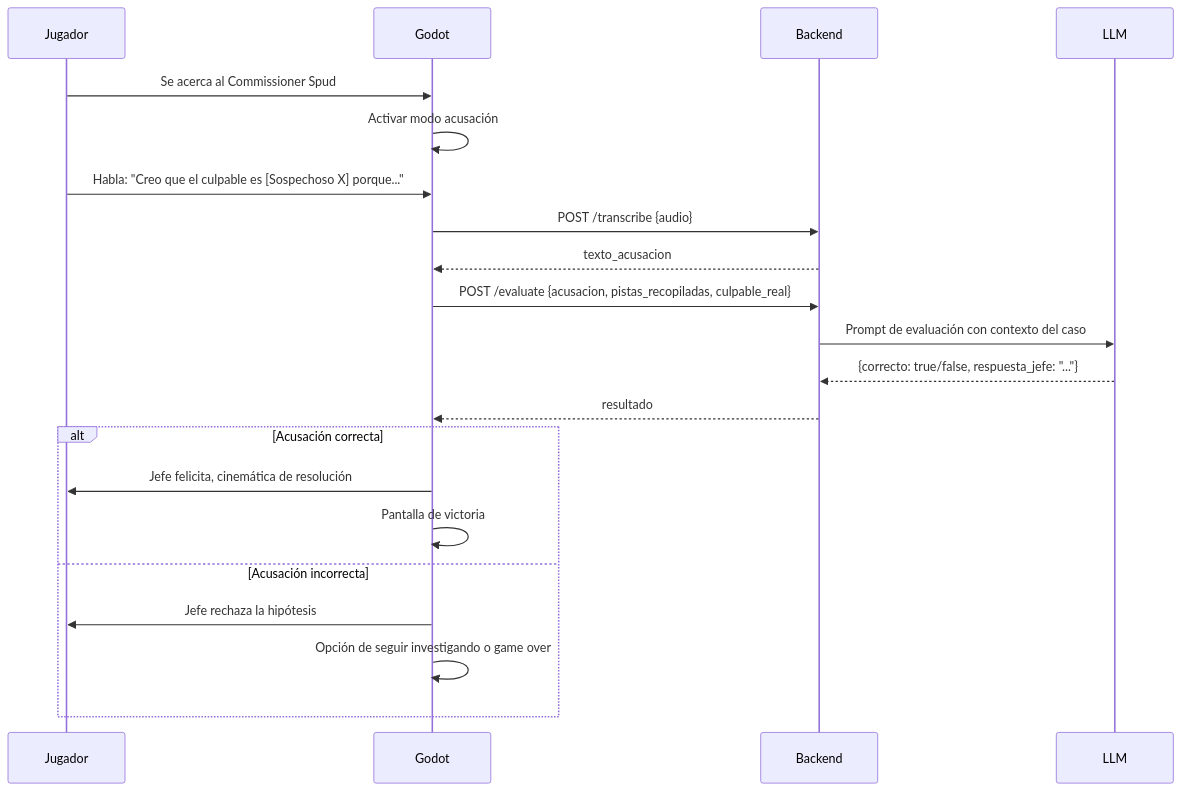
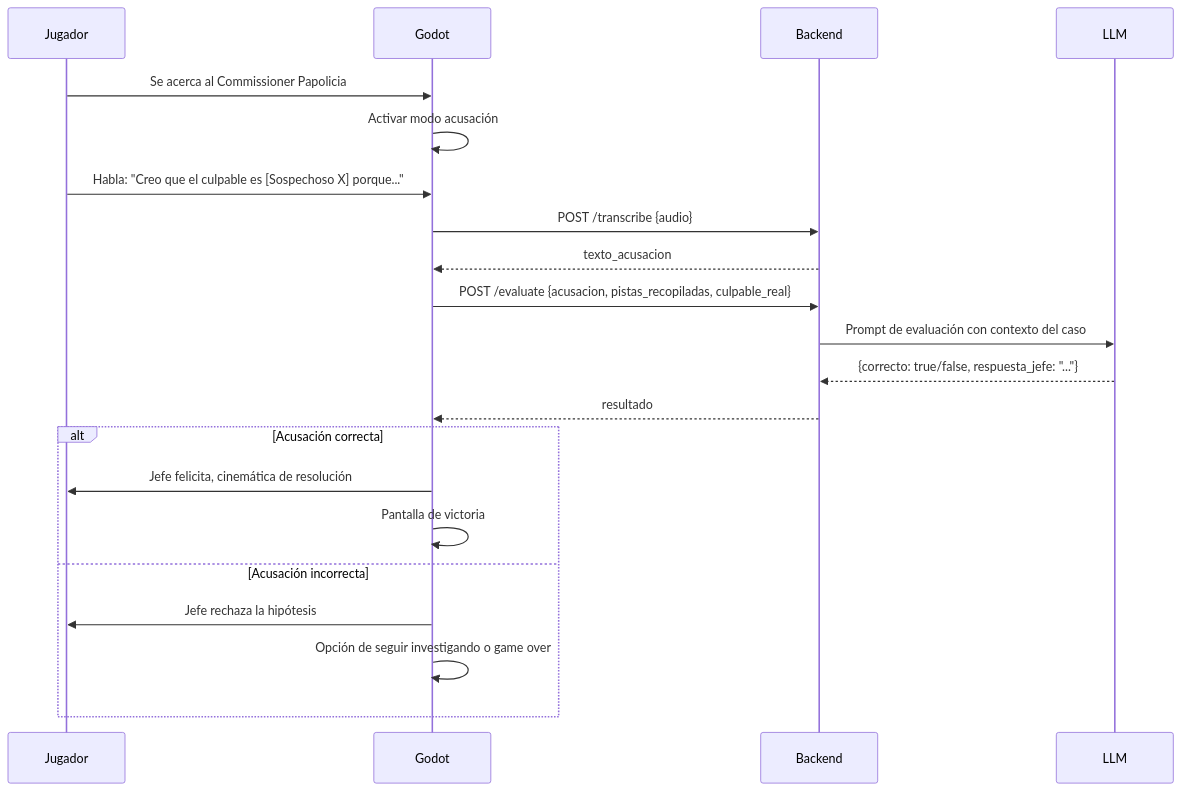
The fourth of 6 diagrams in docs/design/gdd/entrega_1_diseno.md (naxoruto/Limonchero-3D), drawn with Mermaid before and after one commit. The commit also changed other lines of this file and 46 other files, not shown here.

````diff
--- a/docs/design/gdd/entrega_1_diseno.md
+++ b/docs/design/gdd/entrega_1_diseno.md
@@ -353,24 +353,24 @@
 ```mermaid
 sequenceDiagram
 	participant J as Jugador
 	participant U as Godot
 	participant B as Backend
 	participant L as LLM
 
-	J->>U: Se acerca al Commissioner Spud
+	J->>U: Se acerca al Commissioner Papolicia
 	U->>U: Activar modo acusación
 	J->>U: Habla: "Creo que el culpable es [Sospechoso X] porque..."
 	U->>B: POST /transcribe {audio}
 	B-->>U: texto_acusacion
 	U->>B: POST /evaluate {acusacion, pistas_recopiladas, culpable_real}
 	B->>L: Prompt de evaluación con contexto del caso
 	L-->>B: {correcto: true/false, respuesta_jefe: "..."}
 	B-->>U: resultado
 	alt Acusación correcta
 		U->>J: Jefe felicita, cinemática de resolución
 		U->>U: Pantalla de victoria
 	else Acusación incorrecta
 		U->>J: Jefe rechaza la hipótesis
 		U->>U: Opción de seguir investigando o game over
 	end
 ```
````
